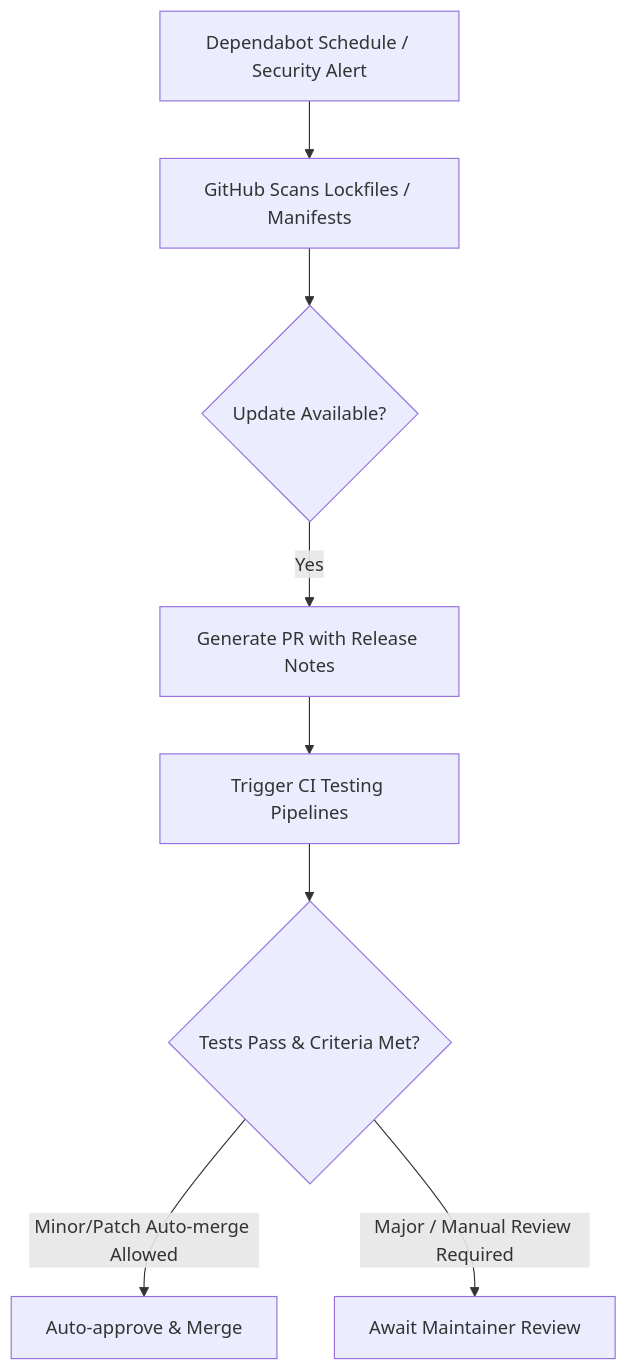
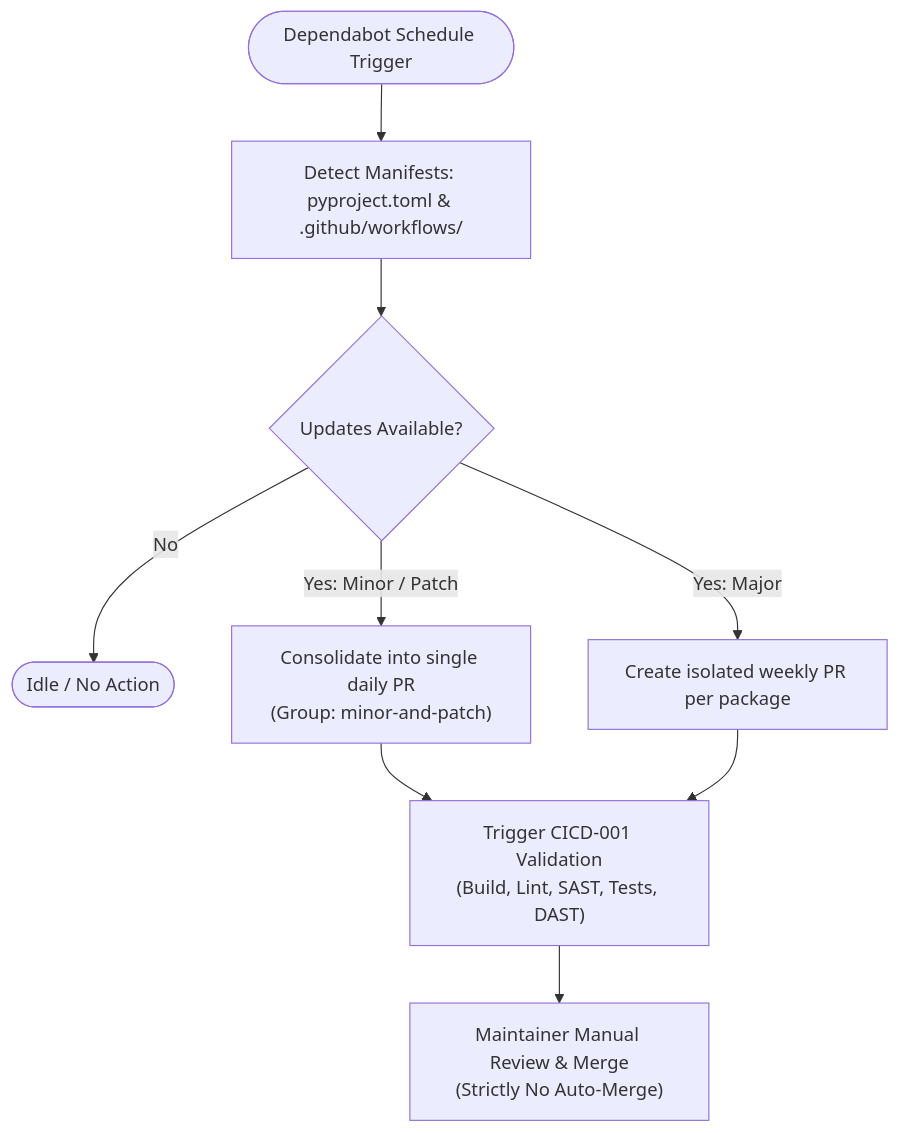
One commit to JuniorThanhBQ/AIJMC-JPRA changed the diagram in docs/SAD/CICD/CICD-003-dependabot-workflow.md. Above: the diagram before and after it, drawn with Mermaid. The commit also changed other lines of this file and 10 other files, not shown here.

Commit message:
Documentation: Add six CI/CD workflows document in Software Architectures Document

````diff
--- a/docs/SAD/CICD/CICD-003-dependabot-workflow.md
+++ b/docs/SAD/CICD/CICD-003-dependabot-workflow.md
@@ -45,10 +49,13 @@
 ```mermaid
 flowchart TD
-    A["Dependabot Schedule / Security Alert"] --> B["GitHub Scans Lockfiles / Manifests"]
-    B --> C{"Update Available?"}
-    C -->|Yes| D["Generate PR with Release Notes"]
-    D --> E["Trigger CI Testing Pipelines"]
-    E --> F{"Tests Pass & Criteria Met?"}
-    F -->|Minor/Patch Auto-merge Allowed| G["Auto-approve & Merge"]
-    F -->|Major / Manual Review Required| H["Await Maintainer Review"]
+    Trigger(["Dependabot Schedule Trigger"]) --> Scan["Detect Manifests: pyproject.toml & .github/workflows/"]
+    Scan --> Check{"Updates Available?"}
+    
+    Check -->|No| Idle(["Idle / No Action"])
+    
+    Check -->|Yes: Minor / Patch| GroupPR["Consolidate into single daily PR<br/>(Group: minor-and-patch)"]
+    Check -->|Yes: Major| MajorPR["Create isolated weekly PR per package"]
+    
+    GroupPR & MajorPR --> CI["Trigger CICD-001 Validation<br/>(Build, Lint, SAST, Tests, DAST)"]
+    CI --> Review["Maintainer Manual Review & Merge<br/>(Strictly No Auto-Merge)"]
 ```
````
